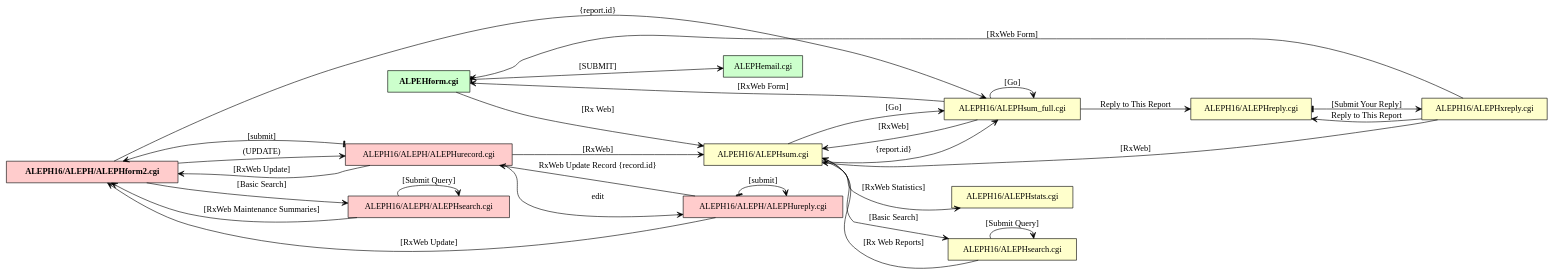
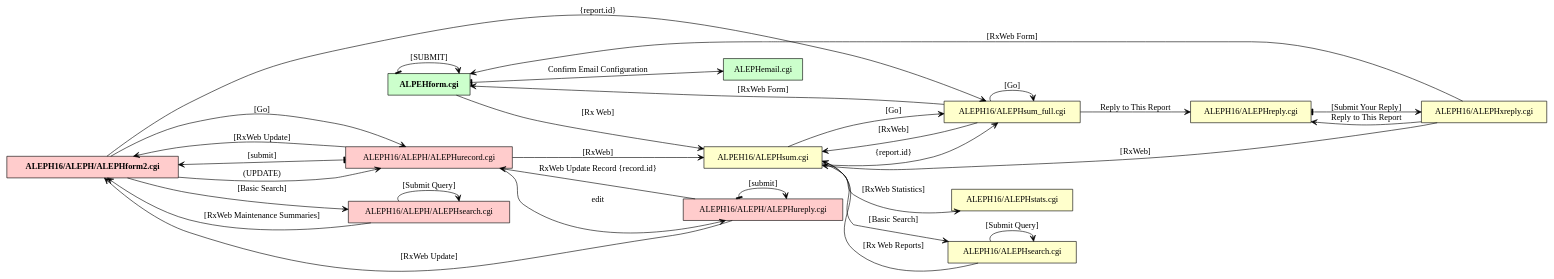
The diagram in docs/pageflow.dot (umd-lib/alephrx), drawn with Graphviz before and after one commit. The commit also changed 4 other files, not shown here.

First line of the commit message:
LIBILS-30: Updated the high-level navigation and submission documentation.

```diff
--- a/docs/pageflow.dot
+++ b/docs/pageflow.dot
@@ -1,87 +1,91 @@
+// High-level flow between the CGI scripts in Aleph Rx
+
 digraph {
     rankdir = LR
     node [ shape = rect style = filled ]
     edge [ arrowhead = open ]
 
     // public pages
     node [ fillcolor = "#ccffcc" ]
     form [ label = "ALPEHform.cgi" fontname = "Times-Bold" ]
     email_confirm [ label = "ALEPHemail.cgi" ]
     // XXX: NON-PRODUCTION: ALEPHdate.cgi
 
     // user pages requiring login (ALEPH16 directory)
     node [ fillcolor = "#ffffcc" ]
     user_summary [ label = "ALPEH16/ALEPHsum.cgi" ]
     stats [ label = "ALEPH16/ALEPHstats.cgi" ]
     search [ label = "ALEPH16/ALEPHsearch.cgi" ]
     user_full [ label = "ALEPH16/ALEPHsum_full.cgi" ]
     user_reply [ label = "ALEPH16/ALEPHreply.cgi" ]
     user_reply_sent [ label = "ALEPH16/ALEPHxreply.cgi" ]
 
     // staff-only pages (ALEPH16/ALEPH directory)
     node [ fillcolor = "#ffcccc" ]
     staff_summary
         [ label = "ALEPH16/ALEPH/ALEPHform2.cgi" fontname = "Times-Bold" ]
     staff_search [ label = "ALEPH16/ALEPH/ALEPHsearch.cgi" ]
     staff_edit_record [ label = "ALEPH16/ALEPH/ALEPHurecord.cgi" ]
     staff_edit_reply [ label = "ALEPH16/ALEPH/ALEPHureply.cgi" ]
     // XXX: NON-PRODUCTION: ALEPHfulltext.cgi
     /*
     // XXX: isolated; no inbound links from the entry points
     drecord [ label = "ALEPH16/ALEPH/ALEPHdrecord.cgi" ]
     irecord [ label = "ALEPH16/ALEPH/ALEPHirecord.cgi" ]
     recs [ label = "ALEPH16/ALEPH/ALEPHrecs.cgi" ]
     update [ label = "ALEPH16/ALEPH/ALEPHupdate.cgi" ]
     xrecord [ label = "ALEPH16/ALEPH/ALEPHxrecord.cgi" ]
     */
 
     // navigation
     form -> user_summary [ label = "[Rx Web]" ]
     user_summary -> stats [ label = "[RxWeb Statistics]" ]
     user_summary -> search [ label = "[Basic Search]" ]
     user_summary -> user_full [ label = "{report.id}" ]
     search -> user_summary [ label = "[Rx Web Reports]" ]
     user_full -> user_reply [ label = "Reply to This Report" ]
     user_full -> form [ label = "[RxWeb Form]" ]
     user_full -> user_summary [ label = "[RxWeb]" ]
     user_reply_sent -> user_reply [ label = "Reply to This Report" ]
     user_reply_sent -> form [ label = "[RxWeb Form]" ]
     user_reply_sent -> user_summary [ label = "[RxWeb]" ]
     staff_summary -> staff_search [ label = "[Basic Search]" ]
     staff_summary -> user_full [ label = "{report.id}" ]
     staff_summary -> staff_edit_record [ label = "(UPDATE)" ]
+    staff_summary -> staff_edit_record [ label = "[Go]" ]
     staff_search -> staff_summary [ label = "[RxWeb Maintenance Summaries]" ]
     staff_edit_record -> user_summary [ label = "[RxWeb]" ]
     staff_edit_record -> staff_summary [ label = "[RxWeb Update]" ]
     staff_edit_record -> staff_edit_reply [ label = "edit" ]
     staff_edit_reply -> staff_summary [ label = "[RxWeb Update]" ]
     staff_edit_reply -> staff_edit_record 
         [ label = "RxWeb Update Record {record.id}" ]
     /*
     // XXX: isolated
     irecord -> drecord [ label = "(DELETE)" ]
     xrecord -> drecord [ label = "(DELETE)" ]
     xrecord -> staff_edit_record
     */
 
     // non-updating form submissions
     search -> search [ label = "[Submit Query]" ]
     user_summary -> user_full [ label = "[Go]" ]
     user_full -> user_full [ label = "[Go]" ]
     staff_search -> staff_search [ label = "[Submit Query]" ]
     /*
     // XXX: isolated
     drecord -> xrecord [ label = "[No]" ]
     */
     
-    // POSTs that update the server
+    // POSTs that update or take other actions on the server
     edge [ dir = both; arrowtail = tee ]
-    form -> email_confirm [ label = "[SUBMIT]" ]
+    form -> form [ label = "[SUBMIT]" ]
+    form -> email_confirm [ label = "Confirm Email Configuration" ]
     user_reply -> user_reply_sent [ label = "[Submit Your Reply]" ]
     staff_edit_record -> staff_summary [ label = "[submit]" ]
     staff_edit_reply -> staff_edit_reply [ label = "[submit]" ]
     /*
     // XXX: isolated
     drecord -> xrecord [ label = "[Yes]" ]
     */
 }
```
